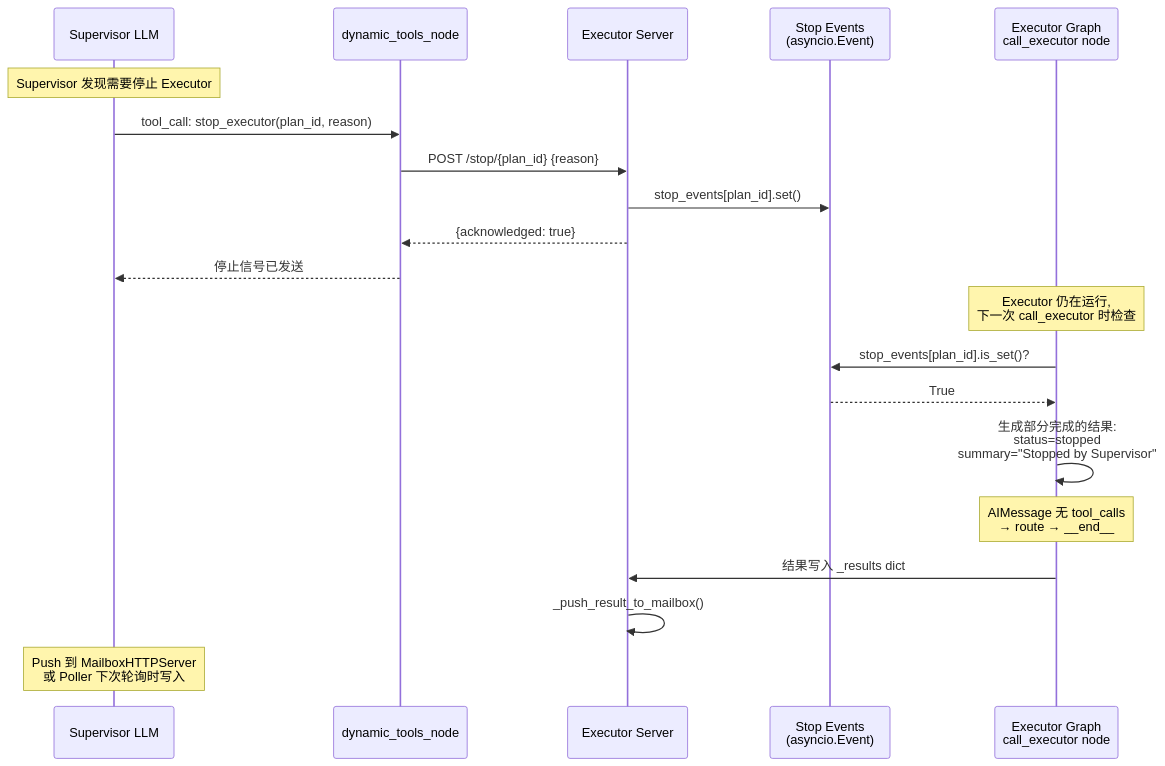
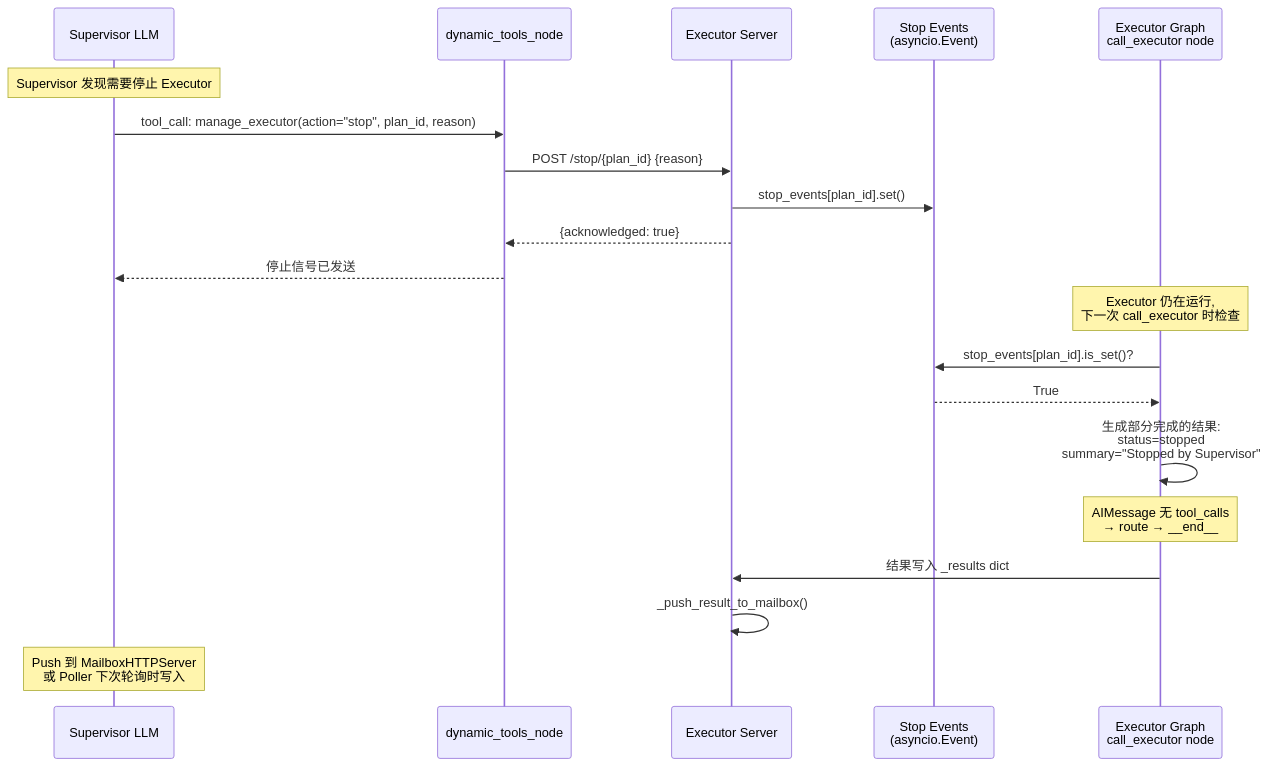
Before and after one commit to Tlaven/agent-triad: the fourth of 8 diagrams in docs/v3-architecture-diagrams.md, drawn with Mermaid. The commit also changed other lines of this file and 39 other files, not shown here.

````diff
--- a/docs/v3-architecture-diagrams.md
+++ b/docs/v3-architecture-diagrams.md
@@ -205,27 +205,27 @@
 ```mermaid
 sequenceDiagram
     participant SM as Supervisor LLM
     participant DT as dynamic_tools_node
     participant ES as Executor Server
     participant SF as Stop Events<br/>(asyncio.Event)
     participant EG as Executor Graph<br/>call_executor node
 
     Note over SM: Supervisor 发现需要停止 Executor
 
-    SM->>DT: tool_call: stop_executor(plan_id, reason)
+    SM->>DT: tool_call: manage_executor(action="stop", plan_id, reason)
     DT->>ES: POST /stop/{plan_id} {reason}
     ES->>SF: stop_events[plan_id].set()
     ES-->>DT: {acknowledged: true}
     DT-->>SM: 停止信号已发送
 
     Note over EG: Executor 仍在运行,<br/>下一次 call_executor 时检查
 
     EG->>SF: stop_events[plan_id].is_set()?
     SF-->>EG: True
     EG->>EG: 生成部分完成的结果:<br/>status=stopped<br/>summary="Stopped by Supervisor"
     Note over EG: AIMessage 无 tool_calls<br/>→ route → __end__
     EG->>ES: 结果写入 _results dict
     ES->>ES: _push_result_to_mailbox()
 
     Note over SM: Push 到 MailboxHTTPServer<br/>或 Poller 下次轮询时写入
 ```
````
